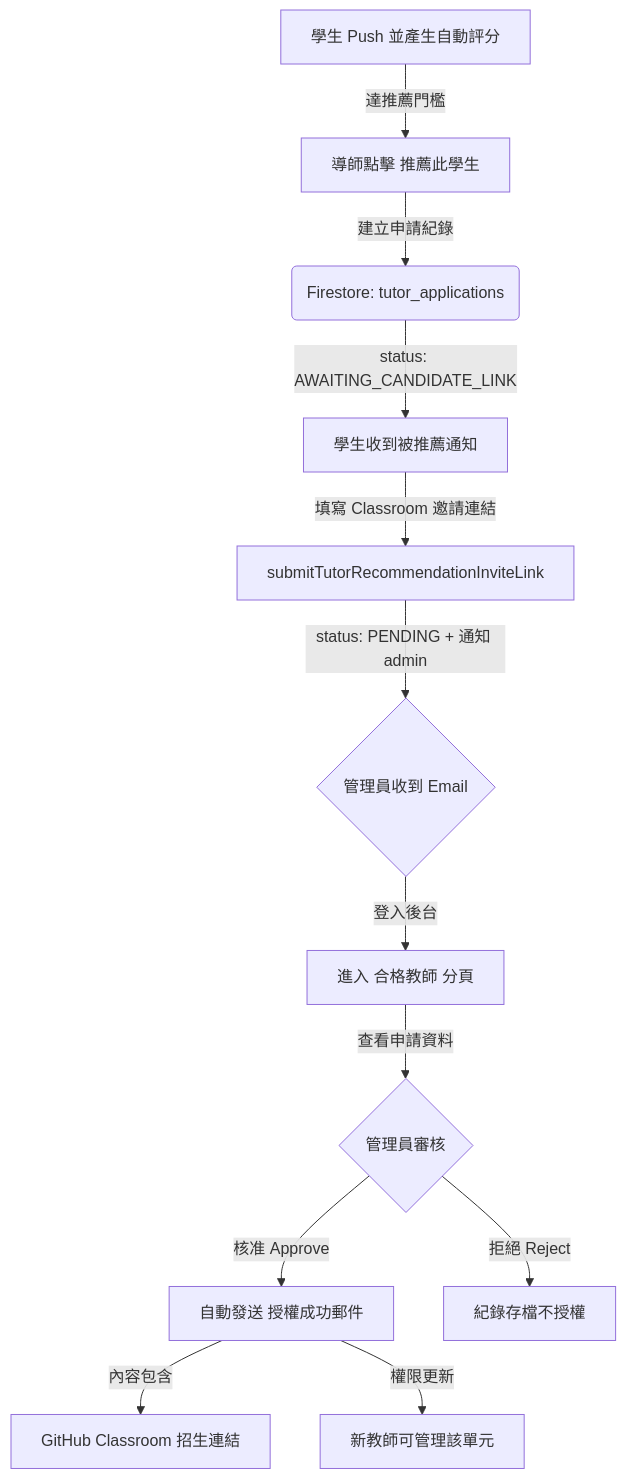
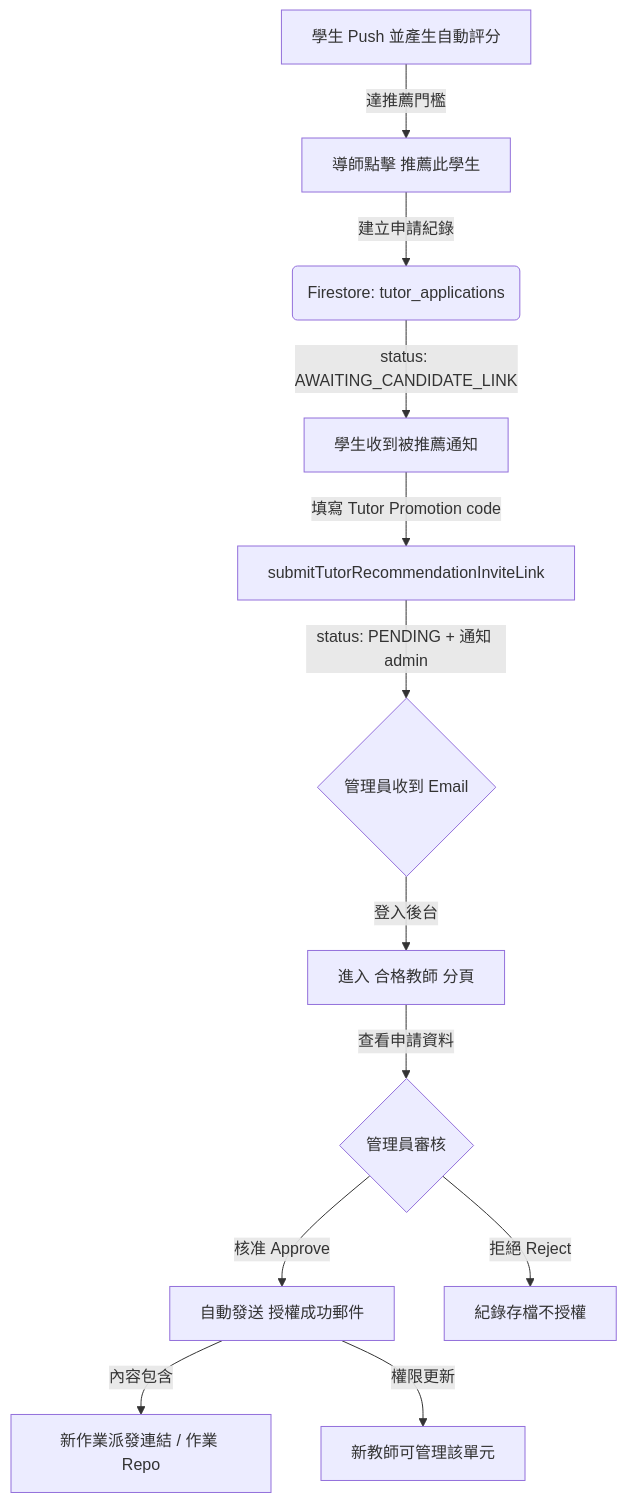
One commit to vibe-coding-tw/e-learning changed the diagram in docs/tutor-management-mvp.md. Above: the diagram before and after it, drawn with Mermaid. The commit also changed other lines of this file and 28 other files, not shown here.

````diff
--- a/docs/tutor-management-mvp.md
+++ b/docs/tutor-management-mvp.md
@@ -8,14 +8,14 @@
 ```mermaid
 graph TD
     A[學生 Push 並產生自動評分] -->|達推薦門檻| B[導師點擊 推薦此學生]
     B -->|建立申請紀錄| C(Firestore: tutor_applications)
     C -->|status: AWAITING_CANDIDATE_LINK| C1[學生收到被推薦通知]
-    C1 -->|填寫 Classroom 邀請連結| C2[submitTutorRecommendationInviteLink]
+    C1 -->|填寫 Tutor Promotion code| C2[submitTutorRecommendationInviteLink]
     C2 -->|status: PENDING + 通知 admin| D{管理員收到 Email}
     D -->|登入後台| E[進入 合格教師 分頁]
     E -->|查看申請資料| F{管理員審核}
     F -->|核准 Approve| G[自動發送 授權成功郵件]
     F -->|拒絕 Reject| H[紀錄存檔不授權]
-    G -->|內容包含| I[GitHub Classroom 招生連結]
+    G -->|內容包含| I[新作業派發連結 / 作業 Repo]
     G -->|權限更新| J[新教師可管理該單元]
 ```
````
